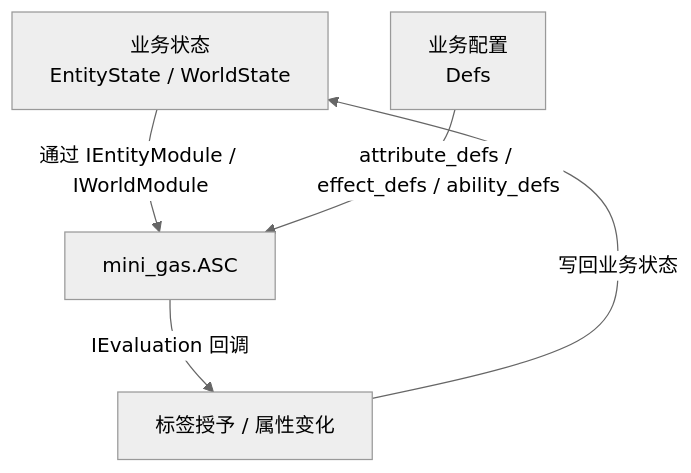
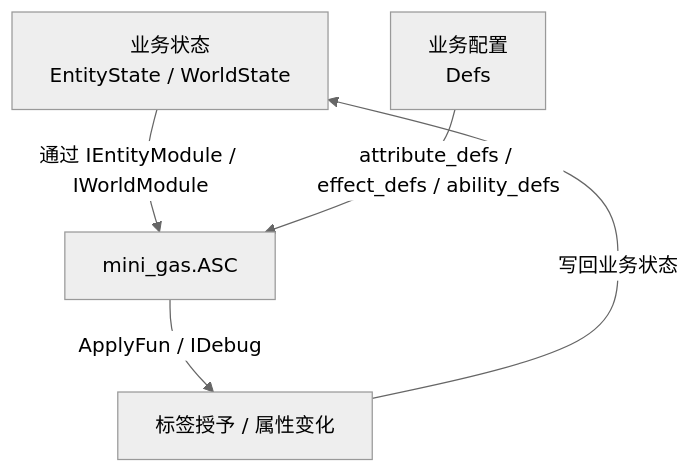
Before and after one commit to caorenmei/cgas: the diagram in docs/specs/mini_gas/architecture.md, drawn with Mermaid. The commit also changed other lines of this file and 11 other files, not shown here.

````diff
--- a/docs/specs/mini_gas/architecture.md
+++ b/docs/specs/mini_gas/architecture.md
@@ -24,8 +24,8 @@
 ```mermaid
 %%{init: {'theme': 'neutral'}}%%
 flowchart TD
     A[业务状态<br/>EntityState / WorldState] -->|通过 IEntityModule / IWorldModule| B[mini_gas.ASC]
     C[业务配置<br/>Defs] -->|attribute_defs / effect_defs / ability_defs| B
-    B -->|IEvaluation 回调| D[标签授予 / 属性变化]
+    B -->|ApplyFun / IDebug| D[标签授予 / 属性变化]
     D -->|写回业务状态| A
 ```
````
